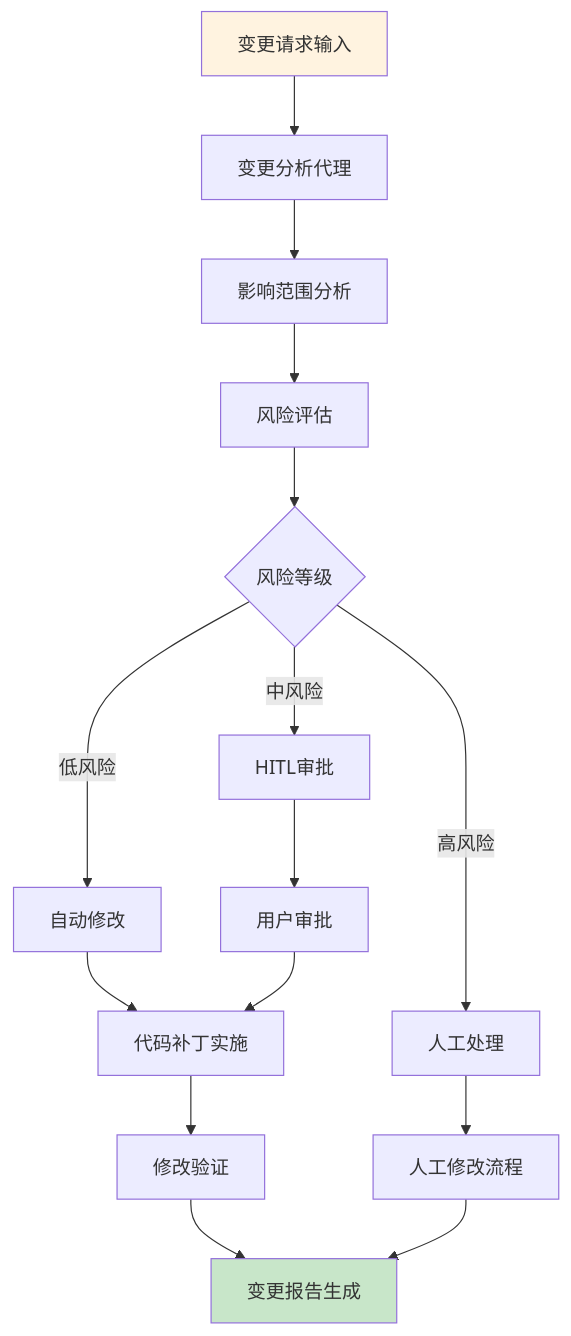
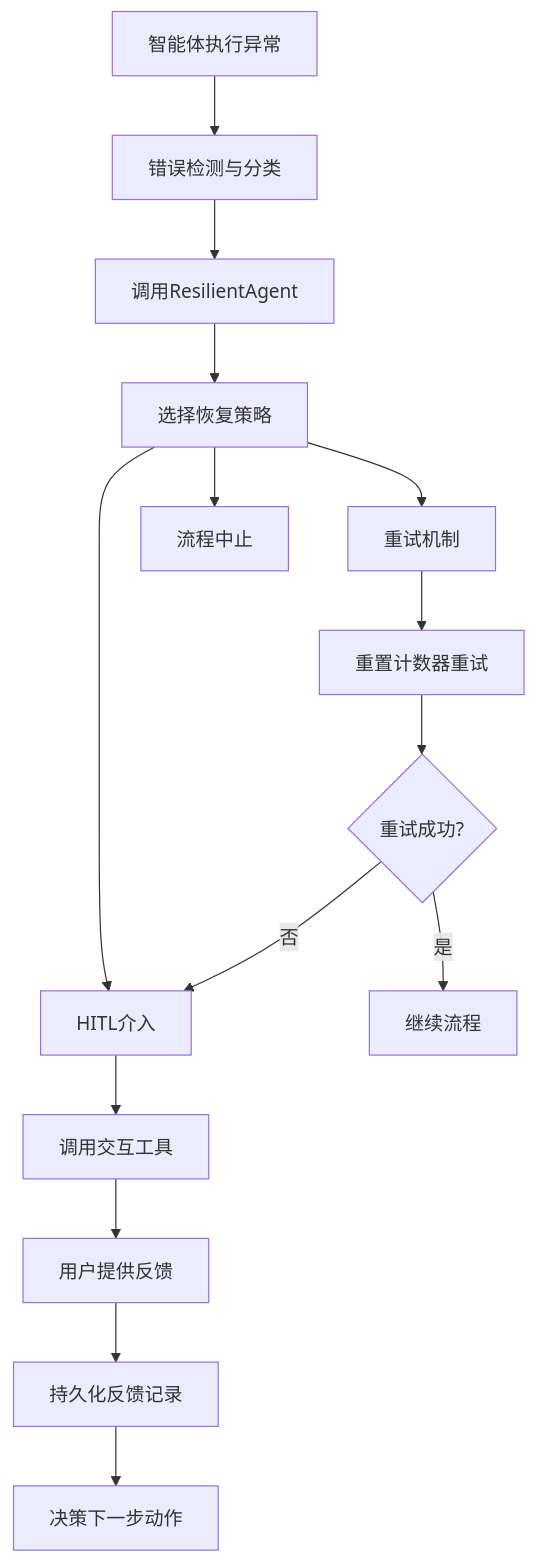
Before and after one commit to sopaco/cowork-forge: the ninth of 11 diagrams in litho.docs/zh/2、架构概览.md, drawn with Mermaid. The commit also changed other lines of this file and 34 other files, not shown here.

````diff
--- a/litho.docs/zh/2、架构概览.md
+++ b/litho.docs/zh/2、架构概览.md
@@ -317,22 +397,20 @@
 ```mermaid
 graph TD
-    A[变更请求输入] --> B[变更分析代理]
-    B --> C[影响范围分析]
-    C --> D[风险评估]
-    D --> E{风险等级}
-    E -->|低风险| F[自动修改]
-    E -->|中风险| G[HITL审批]
-    E -->|高风险| H[人工处理]
+    A[智能体执行异常] --> B[错误检测与分类]
+    B --> C[调用ResilientAgent]
+    C --> D[选择恢复策略]
     
-    F --> I[代码补丁实施]
-    G --> J[用户审批]
-    J --> I
-    H --> K[人工修改流程]
+    D --> E[重试机制]
+    D --> F[HITL介入]
+    D --> G[流程中止]
     
-    I --> L[修改验证]
-    L --> M[变更报告生成]
-    K --> M
+    E --> H[重置计数器重试]
+    H --> I{重试成功?}
+    I -->|是| J[继续流程]
+    I -->|否| F
     
-    style A fill:#fff3e0
-    style M fill:#c8e6c9
+    F --> K[调用交互工具]
+    K --> L[用户提供反馈]
+    L --> M[持久化反馈记录]
+    M --> N[决策下一步动作]
 ```
````
